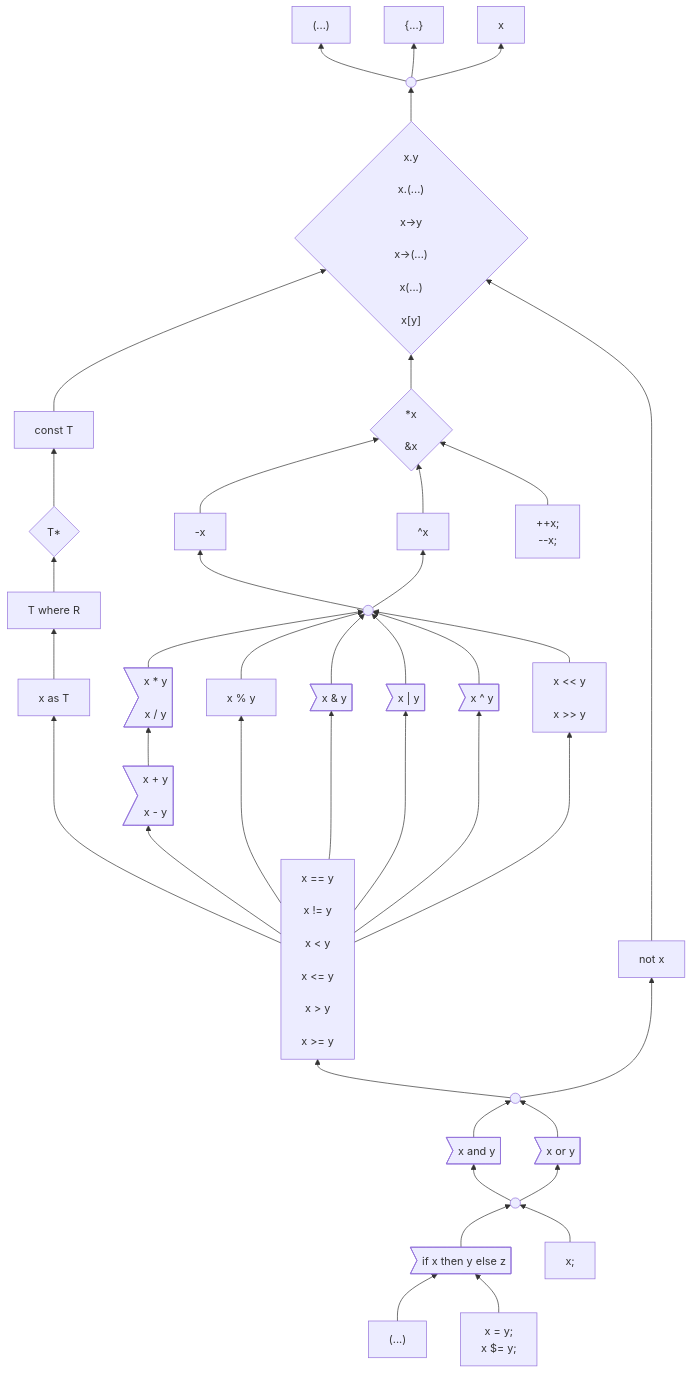
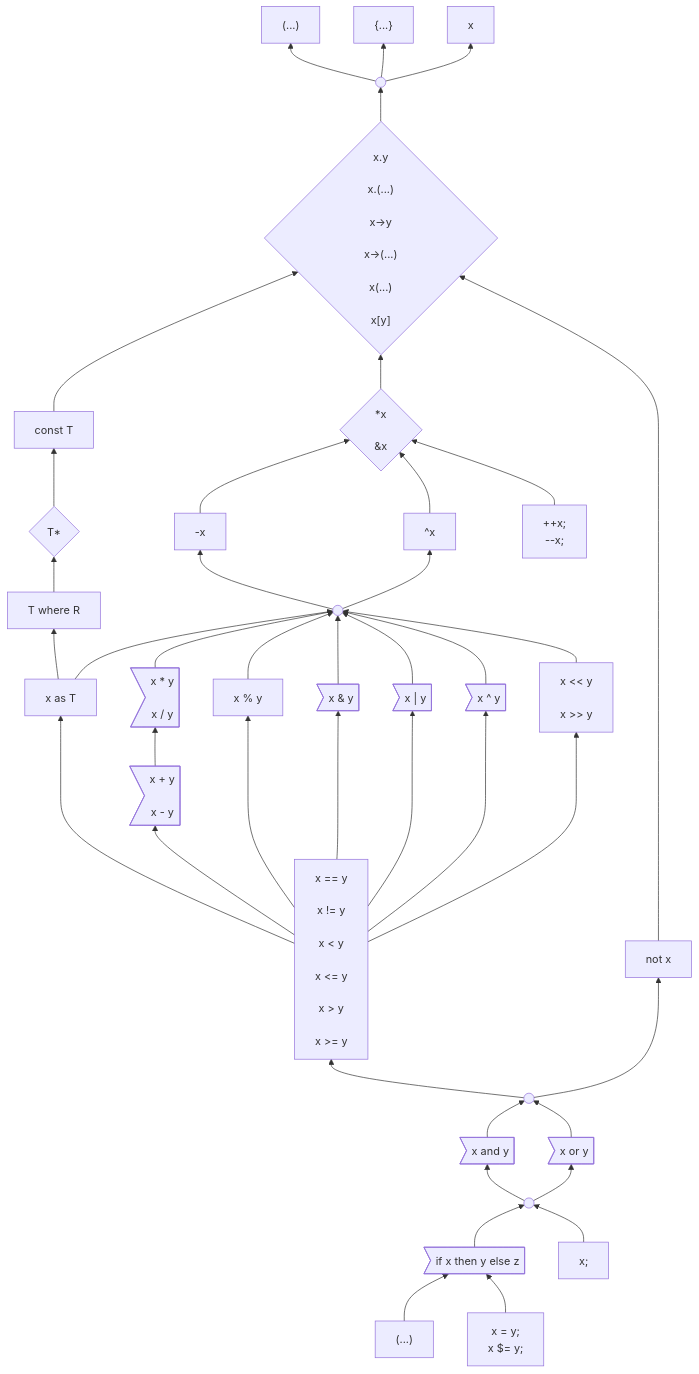
One commit to carbon-language/carbon-lang changed the first of 3 diagrams in docs/design/expressions/README.md. Above: the diagram before and after it, drawn with Mermaid.

Commit message:
Checkpoint progress.

```diff
--- a/docs/design/expressions/README.md
+++ b/docs/design/expressions/README.md
@@ -165,7 +165,7 @@
     unary --> negation & complement
     %% Use a longer arrow here to put `not` next to `and` and `or`.
     not -------> suffixOps
-    multiplication & modulo & bitwise_and & bitwise_or & bitwise_xor & shift --> unary
+    as & multiplication & modulo & bitwise_and & bitwise_or & bitwise_xor & shift --> unary
     addition --> multiplication
     comparison --> as & addition & modulo & bitwise_and & bitwise_or & bitwise_xor & shift
     logicalOperand --> comparison & not
```
